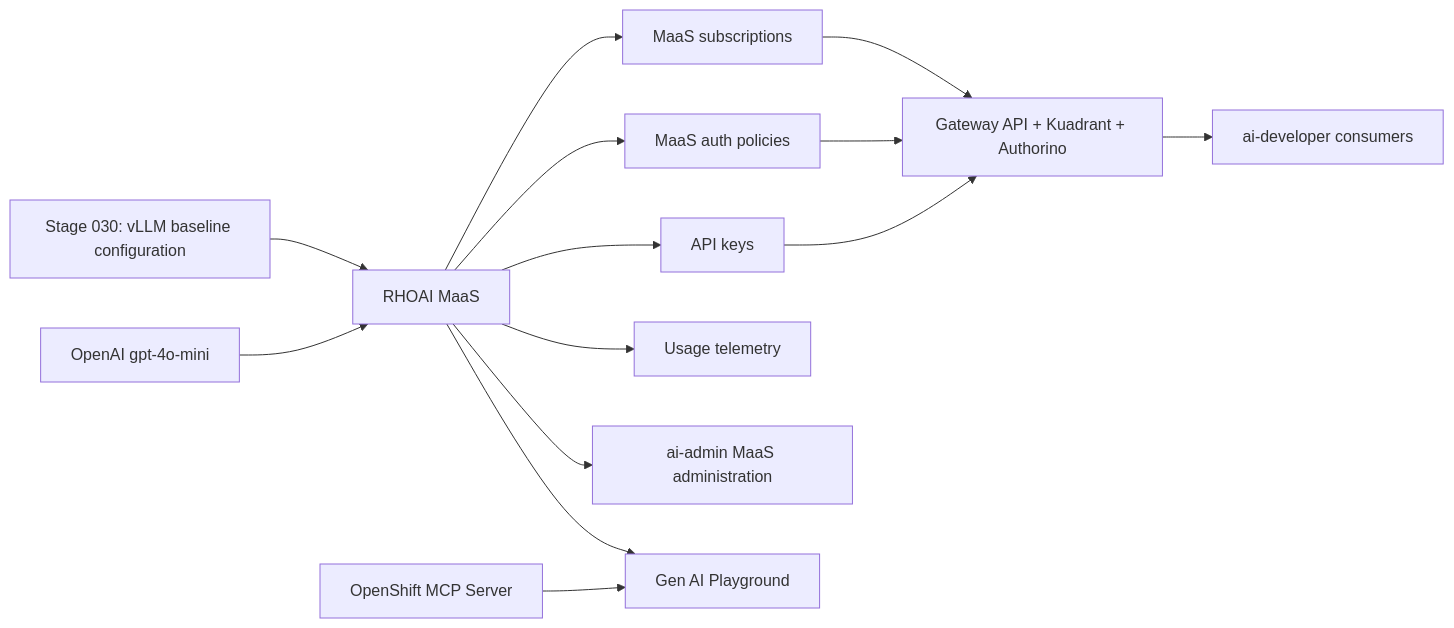
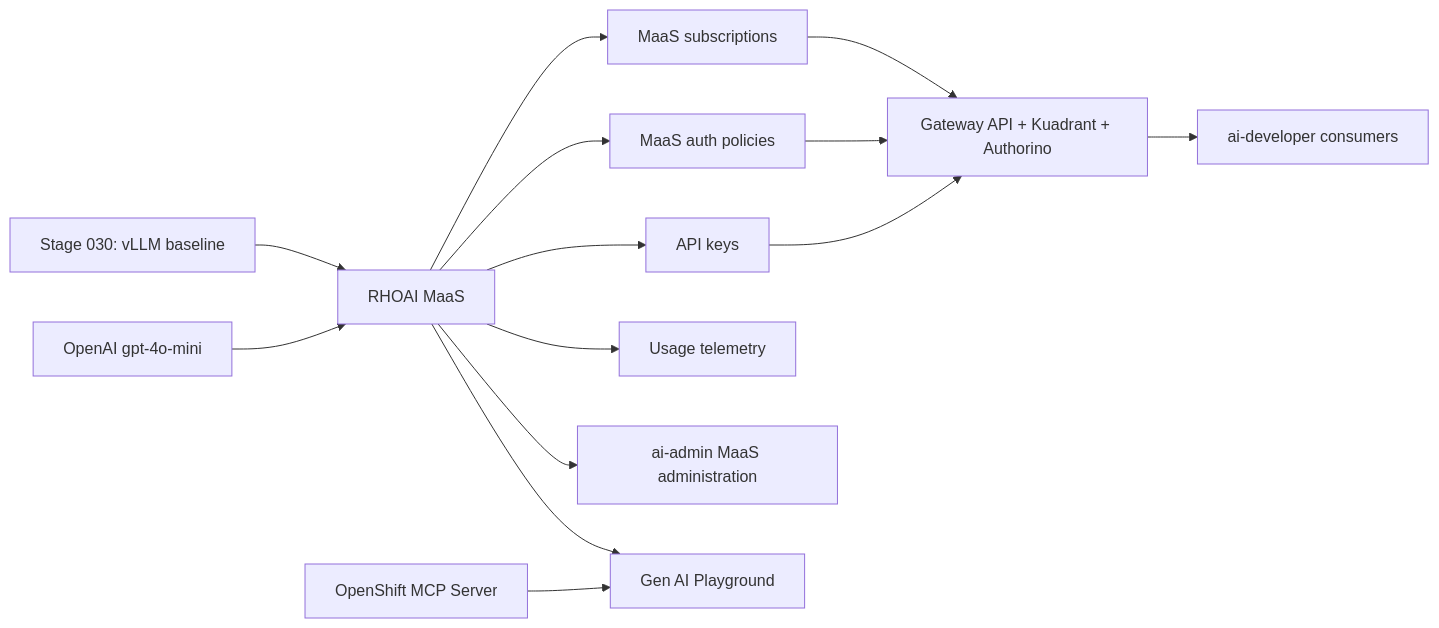
The diagram in stages/040-governed-models-as-a-service/README.md (adnan-drina/rhoai3-coding-demo), drawn with Mermaid before and after one commit. The commit also changed other lines of this file and 9 other files, not shown here.

````diff
--- a/stages/040-governed-models-as-a-service/README.md
+++ b/stages/040-governed-models-as-a-service/README.md
@@ -39,16 +25,16 @@
 ```mermaid
 flowchart LR
-  previous["Stage 030: vLLM baseline configuration"] --> maas["RHOAI MaaS"]
+  previous["Stage 030: vLLM baseline"] --> maas["RHOAI MaaS"]
   openai["OpenAI gpt-4o-mini"] --> maas
   maas --> sub["MaaS subscriptions"]
   maas --> auth["MaaS auth policies"]
   maas --> keys["API keys"]
   maas --> obs["Usage telemetry"]
   sub --> gateway["Gateway API + Kuadrant + Authorino"]
   auth --> gateway
   keys --> gateway
   gateway --> users["ai-developer consumers"]
   maas --> admin["ai-admin MaaS administration"]
   maas --> playground["Gen AI Playground"]
   mcp["OpenShift MCP Server"] --> playground
 ```
````
